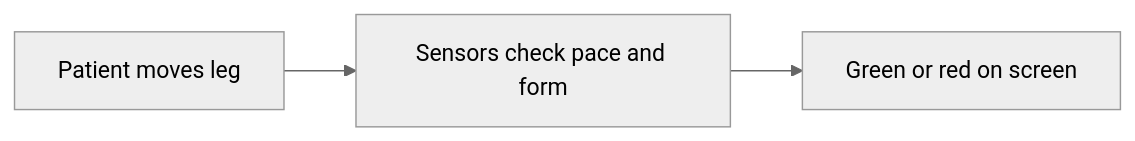
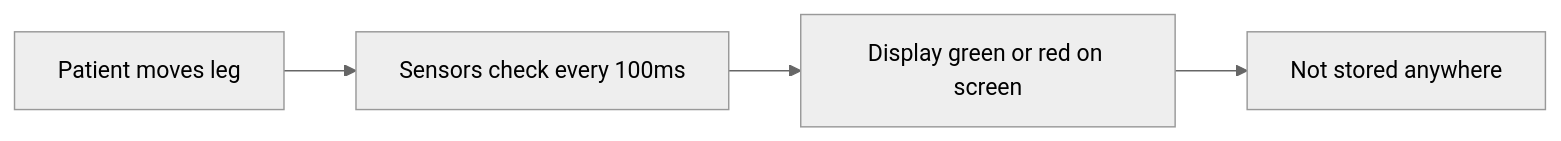
One commit to seanja5/realrehab-mvp changed the third of 7 diagrams in docs/DATA_STORY_PRESENTATION.md. Above: the diagram before and after it, drawn with Mermaid (neutral theme). The commit also changed other lines of this file, not shown here.

````diff
--- a/docs/DATA_STORY_PRESENTATION.md
+++ b/docs/DATA_STORY_PRESENTATION.md
@@ -51,5 +54,6 @@
 ```mermaid
 flowchart LR
-    A[Patient moves leg] --> B[Sensors check pace and form]
-    B --> C[Green or red on screen]
+    A[Patient moves leg] --> B[Sensors check every 100ms]
+    B --> C[Display green or red on screen]
+    C --> D[Not stored anywhere]
 ```
````
